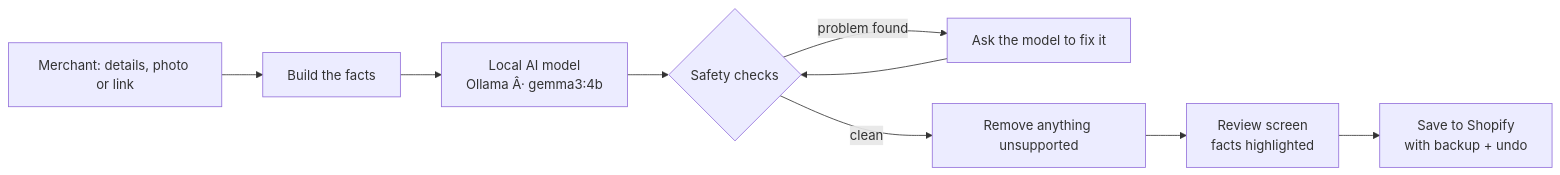
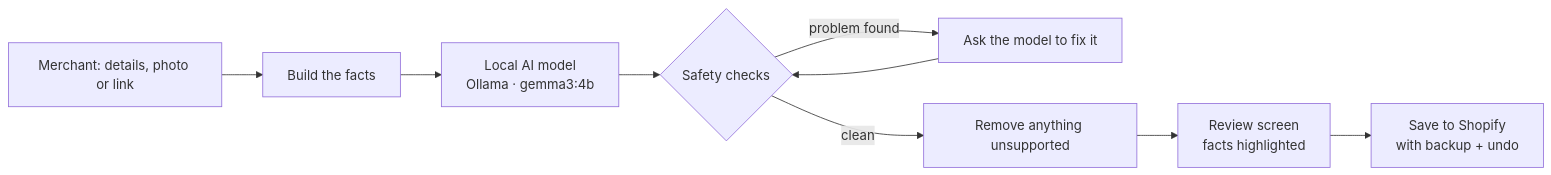
The diagram in README.md (zenmeraki7/store-ai-writer), drawn with Mermaid before and after one commit. The commit also changed other lines of this file, not shown here.

````diff
--- a/README.md
+++ b/README.md
@@ -41,11 +41,11 @@
 ```mermaid
 flowchart LR
     A[Merchant: details, photo or link] --> B[Build the facts]
-    B --> C[Local AI model<br/>Ollama Â· gemma3:4b]
+    B --> C[Local AI model<br/>Ollama · gemma3:4b]
     C --> D{Safety checks}
     D -- problem found --> E[Ask the model to fix it]
     E --> D
     D -- clean --> F[Remove anything unsupported]
     F --> G[Review screen<br/>facts highlighted]
     G --> H[Save to Shopify<br/>with backup + undo]
 ```
````
